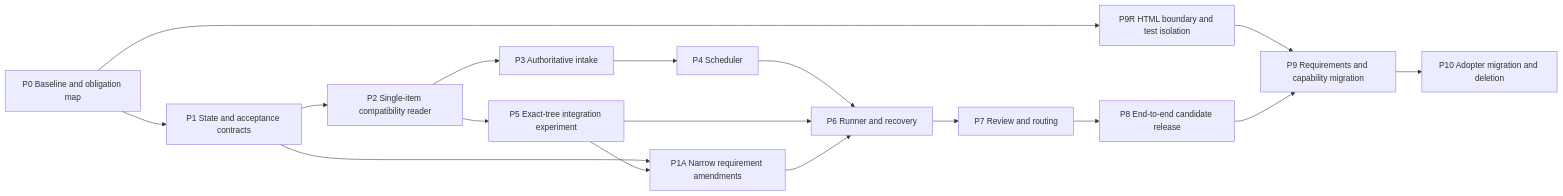
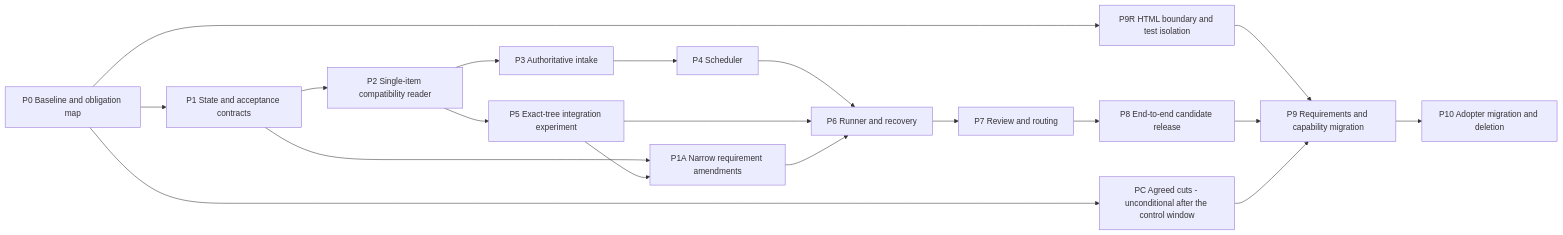
One commit to diytechy/ai-template changed the diagram in docs/ai-template-redesign-2026-09-05-codex/IMPLEMENTATION.md. Above: the diagram before and after it, drawn with Mermaid. The commit also changed other lines of this file and 3 other files, not shown here.

First line of the commit message:
plan: Package PC - the independently agreed cuts run after the window, unconditionally

````diff
--- a/docs/ai-template-redesign-2026-09-05-codex/IMPLEMENTATION.md
+++ b/docs/ai-template-redesign-2026-09-05-codex/IMPLEMENTATION.md
@@ -55,19 +55,21 @@
 ```mermaid
 flowchart LR
     P0[P0 Baseline and obligation map] --> P1[P1 State and acceptance contracts]
     P0 --> PR[P9R HTML boundary and test isolation]
     PR --> P9
     P1 --> PA[P1A Narrow requirement amendments]
     P1 --> P2[P2 Single-item compatibility reader]
     P2 --> P3[P3 Authoritative intake]
     P3 --> P4[P4 Scheduler]
     P2 --> P5[P5 Exact-tree integration experiment]
     P4 --> P6[P6 Runner and recovery]
     P5 --> PA
     P5 --> P6
     PA --> P6
     P6 --> P7[P7 Review and routing]
     P7 --> P8[P8 End-to-end candidate release]
     P8 --> P9[P9 Requirements and capability migration]
     P9 --> P10[P10 Adopter migration and deletion]
+    P0 --> PC[PC Agreed cuts - unconditional after the control window]
+    PC --> P9
 ```
````
